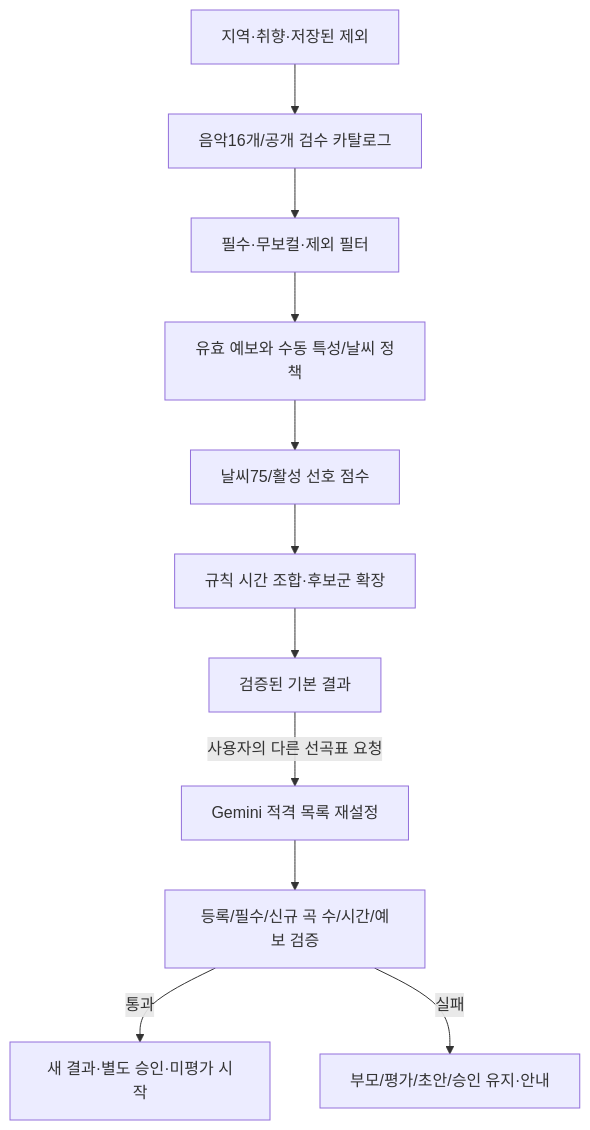
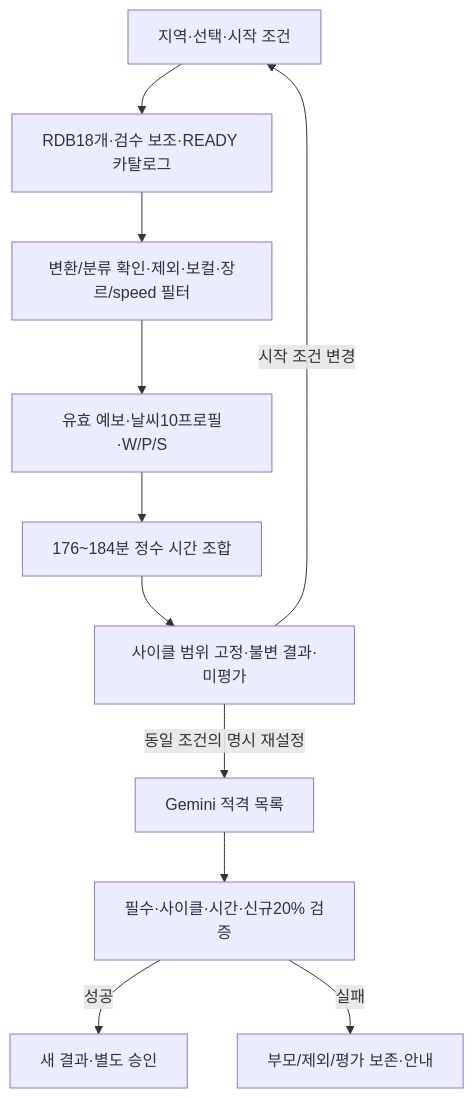
One commit to encore-ai-campus/mlo-01-p3-team1 changed the diagram in docs/product/카페_음악_추천_서비스_3차_컬럼_기반_추천_로직_가이드.md. Above: the diagram before and after it, drawn with Mermaid. The commit also changed other lines of this file and 36 other files, not shown here.

````diff
--- a/docs/product/카페_음악_추천_서비스_3차_컬럼_기반_추천_로직_가이드.md
+++ b/docs/product/카페_음악_추천_서비스_3차_컬럼_기반_추천_로직_가이드.md
@@ -49,13 +22,13 @@
 ```mermaid
 flowchart TD
-    A[지역·취향·저장된 제외] --> B[음악16개/공개 검수 카탈로그]
-    B --> C[필수·무보컬·제외 필터]
-    C --> D[유효 예보와 수동 특성/날씨 정책]
-    D --> E[날씨75/활성 선호 점수]
-    E --> F[규칙 시간 조합·후보군 확장]
-    F --> G[검증된 기본 결과]
-    G -->|사용자의 다른 선곡표 요청| H[Gemini 적격 목록 재설정]
-    H --> I[등록/필수/신규 곡 수/시간/예보 검증]
-    I -->|통과| J[새 결과·별도 승인·미평가 시작]
-    I -->|실패| K[부모/평가/초안/승인 유지·안내]
+    A[지역·선택·시작 조건] --> B[RDB18개·검수 보조·READY 카탈로그]
+    B --> C[변환/분류 확인·제외·보컬·장르/speed 필터]
+    C --> D[유효 예보·날씨10프로필·W/P/S]
+    D --> E[176~184분 정수 시간 조합]
+    E --> F[사이클 범위 고정·불변 결과·미평가]
+    F -->|동일 조건의 명시 재설정| G[Gemini 적격 목록]
+    G --> H[필수·사이클·시간·신규20% 검증]
+    H -->|성공| I[새 결과·별도 승인]
+    H -->|실패| J[부모/제외/평가 보존·안내]
+    F -->|시작 조건 변경| A
 ```
````
